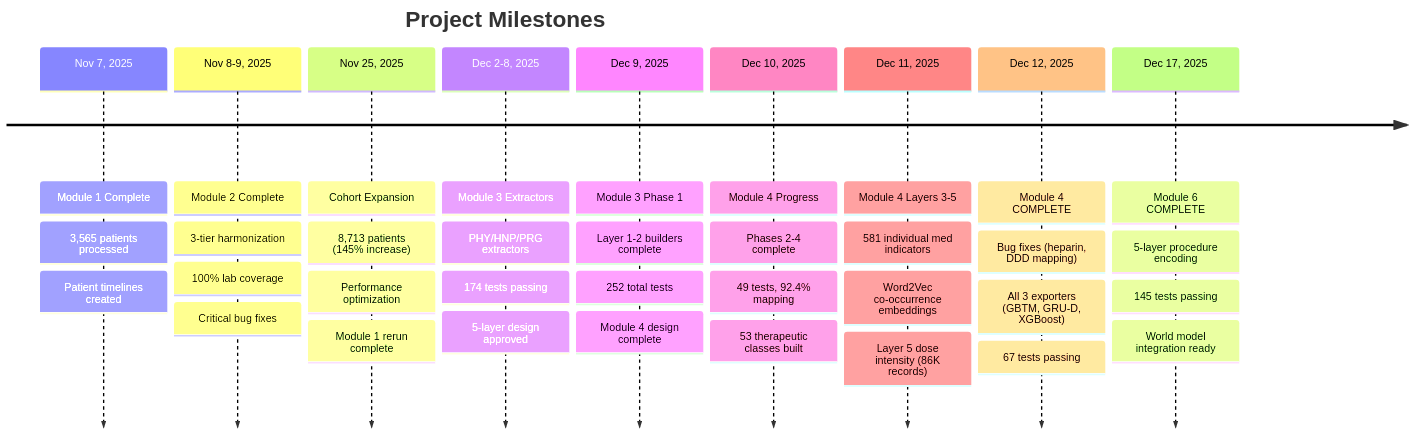
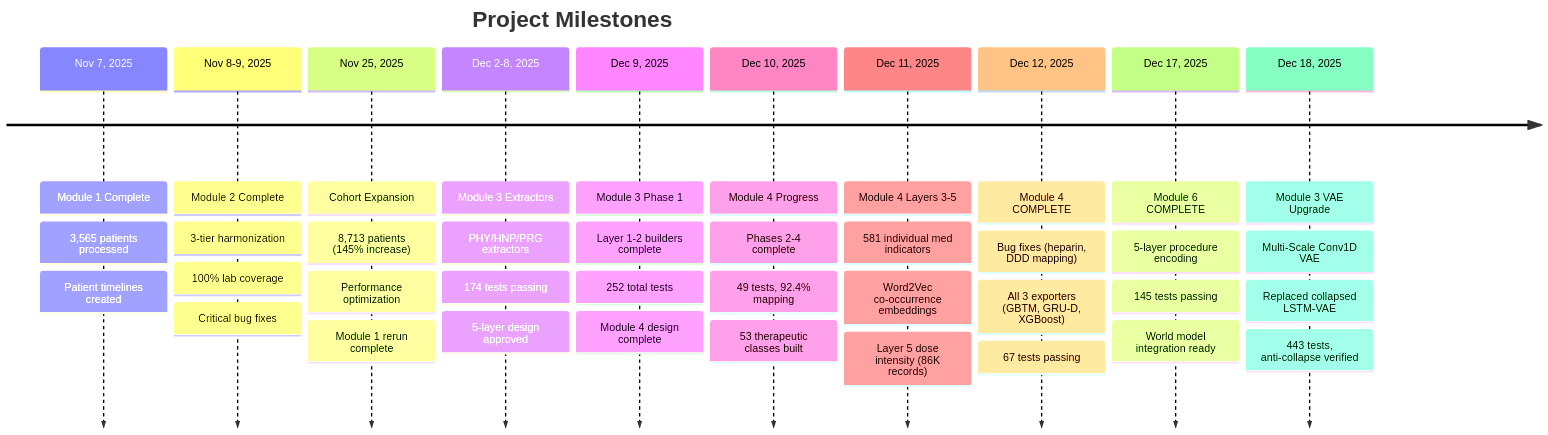
The third of 3 diagrams in docs/progress.md (moinhs1/extracting-features), drawn with Mermaid before and after one commit. The commit also changed other lines of this file and 3 other files, not shown here.

First line of the commit message:
docs: update all documentation for Multi-Scale Conv1D VAE implementation

````diff
--- a/docs/progress.md
+++ b/docs/progress.md
@@ -199,48 +217,53 @@
 ```mermaid
 timeline
     title Project Milestones
 
     Nov 7, 2025 : Module 1 Complete
                 : 3,565 patients processed
                 : Patient timelines created
 
     Nov 8-9, 2025 : Module 2 Complete
                   : 3-tier harmonization
                   : 100% lab coverage
                   : Critical bug fixes
 
     Nov 25, 2025 : Cohort Expansion
                  : 8,713 patients (145% increase)
                  : Performance optimization
                  : Module 1 rerun complete
 
     Dec 2-8, 2025 : Module 3 Extractors
                   : PHY/HNP/PRG extractors
                   : 174 tests passing
                   : 5-layer design approved
 
     Dec 9, 2025 : Module 3 Phase 1
                 : Layer 1-2 builders complete
                 : 252 total tests
                 : Module 4 design complete
 
     Dec 10, 2025 : Module 4 Progress
                  : Phases 2-4 complete
                  : 49 tests, 92.4% mapping
                  : 53 therapeutic classes built
 
     Dec 11, 2025 : Module 4 Layers 3-5
                  : 581 individual med indicators
                  : Word2Vec co-occurrence embeddings
                  : Layer 5 dose intensity (86K records)
 
     Dec 12, 2025 : Module 4 COMPLETE
                  : Bug fixes (heparin, DDD mapping)
                  : All 3 exporters (GBTM, GRU-D, XGBoost)
                  : 67 tests passing
 
     Dec 17, 2025 : Module 6 COMPLETE
                  : 5-layer procedure encoding
                  : 145 tests passing
                  : World model integration ready
+
+    Dec 18, 2025 : Module 3 VAE Upgrade
+                 : Multi-Scale Conv1D VAE
+                 : Replaced collapsed LSTM-VAE
+                 : 443 tests, anti-collapse verified
 ```
````
